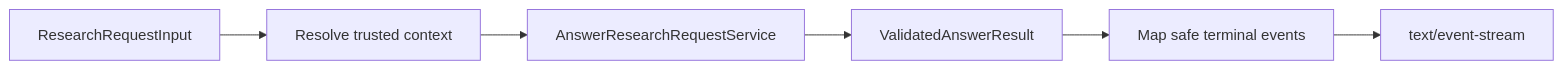
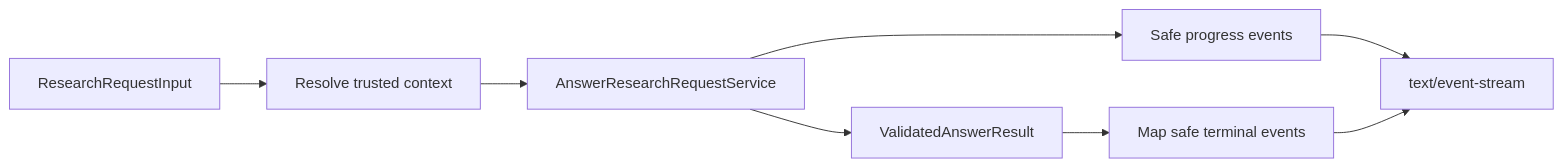
The fifth of 6 diagrams in backend/src/investment_research/api/routes/README.md (rnkraus/investment-research), drawn with Mermaid before and after one commit. The commit also changed other lines of this file and 8 other files, not shown here.

Commit message:
fix: show research progress live without stream buffering

````diff
--- a/backend/src/investment_research/api/routes/README.md
+++ b/backend/src/investment_research/api/routes/README.md
@@ -83,8 +83,10 @@
 ```mermaid
 flowchart LR
     REQUEST[ResearchRequestInput] --> CONTEXT[Resolve trusted context]
     CONTEXT --> SERVICE[AnswerResearchRequestService]
+    SERVICE --> PROGRESS[Safe progress events]
+    PROGRESS --> SSE[text/event-stream]
     SERVICE --> VALIDATED[ValidatedAnswerResult]
     VALIDATED --> MAP[Map safe terminal events]
     MAP --> SSE[text/event-stream]
 ```
````
